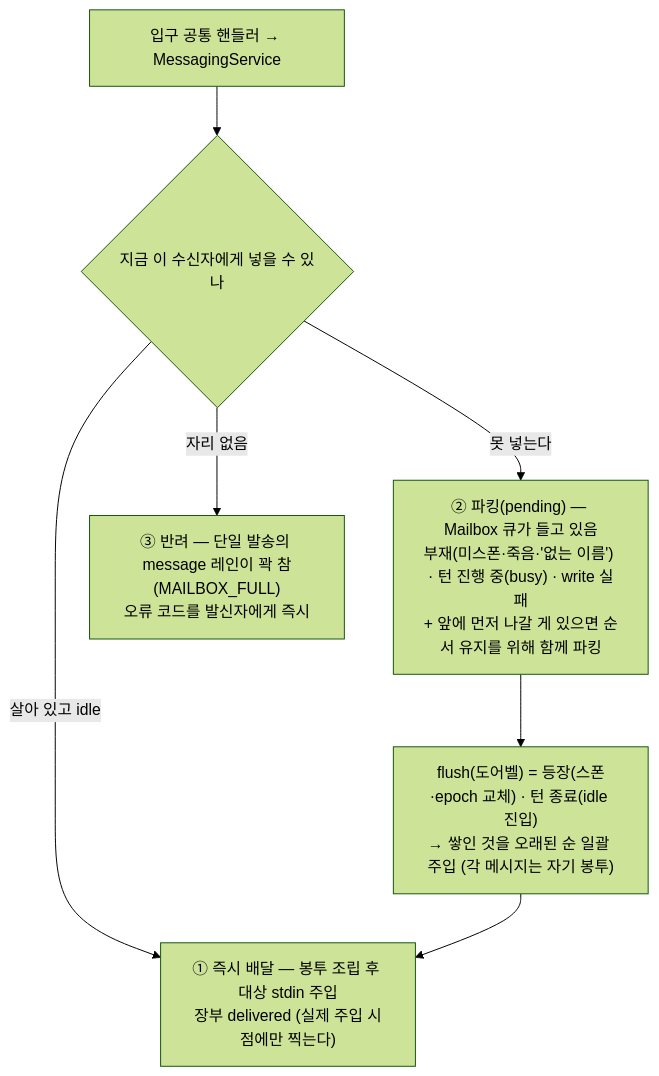
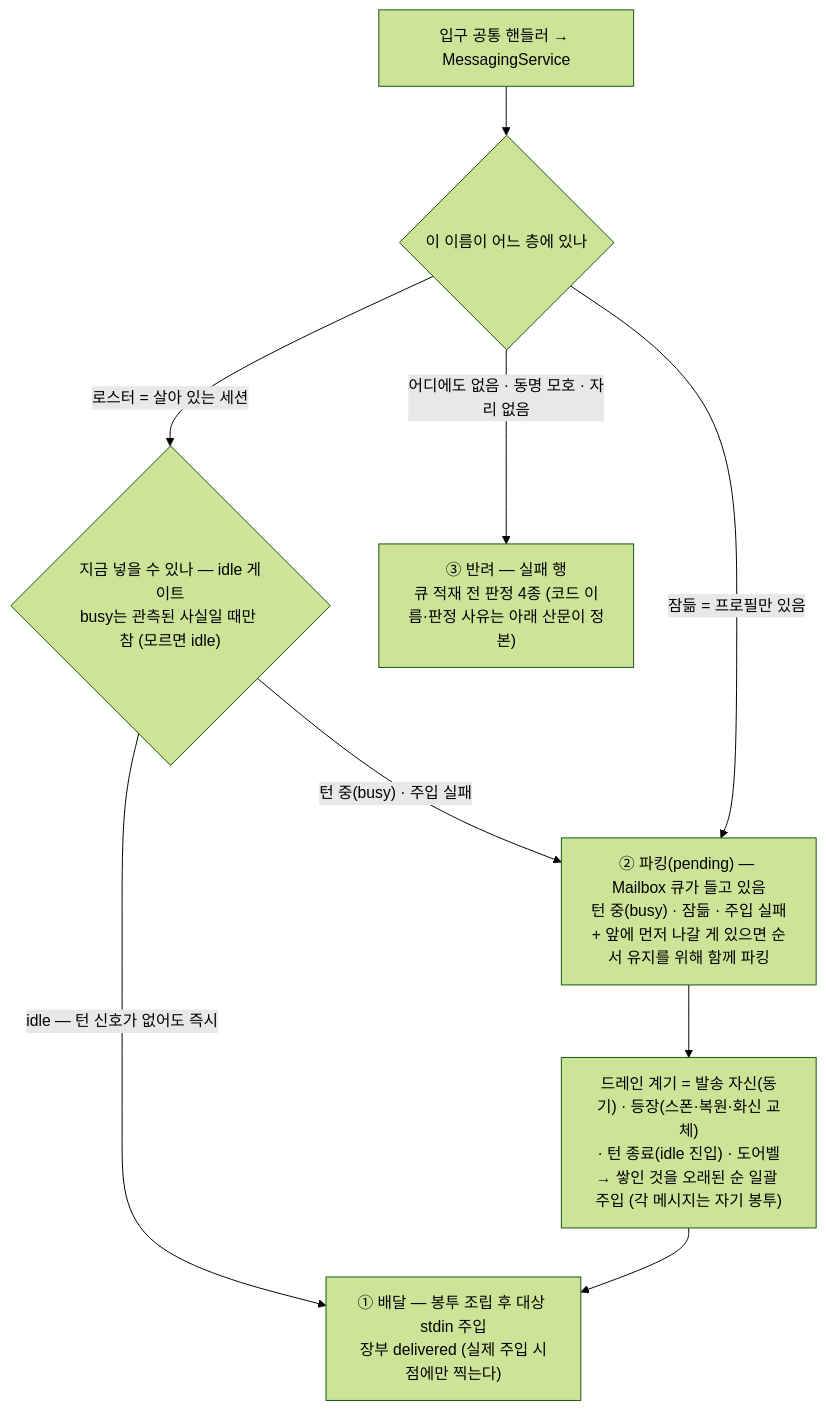
Before and after one commit to kimsunzun/engram-dashboard: the ninth of 20 diagrams in docs/reference/architecture-overview.md, drawn with Mermaid (forest theme). The commit also changed other lines of this file and 2 other files, not shown here.

````diff
--- a/docs/reference/architecture-overview.md
+++ b/docs/reference/architecture-overview.md
@@ -335,15 +371,18 @@
 ```mermaid
 flowchart TD
   SEND["입구 공통 핸들러 → MessagingService"]
-  Q1{"지금 이 수신자에게 넣을 수 있나"}
-  D1["① 즉시 배달 — 봉투 조립 후 대상 stdin 주입<br/>장부 delivered (실제 주입 시점에만 찍는다)"]
-  D2["② 파킹(pending) — Mailbox 큐가 들고 있음<br/>부재(미스폰·죽음·'없는 이름') · 턴 진행 중(busy) · write 실패<br/>+ 앞에 먼저 나갈 게 있으면 순서 유지를 위해 함께 파킹"]
-  D3["③ 반려 — 단일 발송의 message 레인이 꽉 참(MAILBOX_FULL)<br/>오류 코드를 발신자에게 즉시"]
-  FL["flush(도어벨) = 등장(스폰·epoch 교체) · 턴 종료(idle 진입)<br/>→ 쌓인 것을 오래된 순 일괄 주입 (각 메시지는 자기 봉투)"]
+  Q1{"이 이름이 어느 층에 있나"}
+  Q2{"지금 넣을 수 있나 — idle 게이트<br/>busy는 관측된 사실일 때만 참 (모르면 idle)"}
+  D1["① 배달 — 봉투 조립 후 대상 stdin 주입<br/>장부 delivered (실제 주입 시점에만 찍는다)"]
+  D2["② 파킹(pending) — Mailbox 큐가 들고 있음<br/>턴 중(busy) · 잠듦 · 주입 실패<br/>+ 앞에 먼저 나갈 게 있으면 순서 유지를 위해 함께 파킹"]
+  D3["③ 반려 — 실패 행<br/>큐 적재 전 판정 4종 (코드 이름·판정 사유는 아래 산문이 정본)"]
+  FL["드레인 계기 = 발송 자신(동기) · 등장(스폰·복원·화신 교체)<br/>· 턴 종료(idle 진입) · 도어벨<br/>→ 쌓인 것을 오래된 순 일괄 주입 (각 메시지는 자기 봉투)"]
 
   SEND --> Q1
-  Q1 -->|"살아 있고 idle"| D1
-  Q1 -->|"못 넣는다"| D2
-  Q1 -->|"자리 없음"| D3
+  Q1 -->|"로스터 = 살아 있는 세션"| Q2
+  Q2 -->|"idle — 턴 신호가 없어도 즉시"| D1
+  Q2 -->|"턴 중(busy) · 주입 실패"| D2
+  Q1 -->|"잠듦 = 프로필만 있음"| D2
+  Q1 -->|"어디에도 없음 · 동명 모호 · 자리 없음"| D3
   D2 --> FL --> D1
 ```
````
